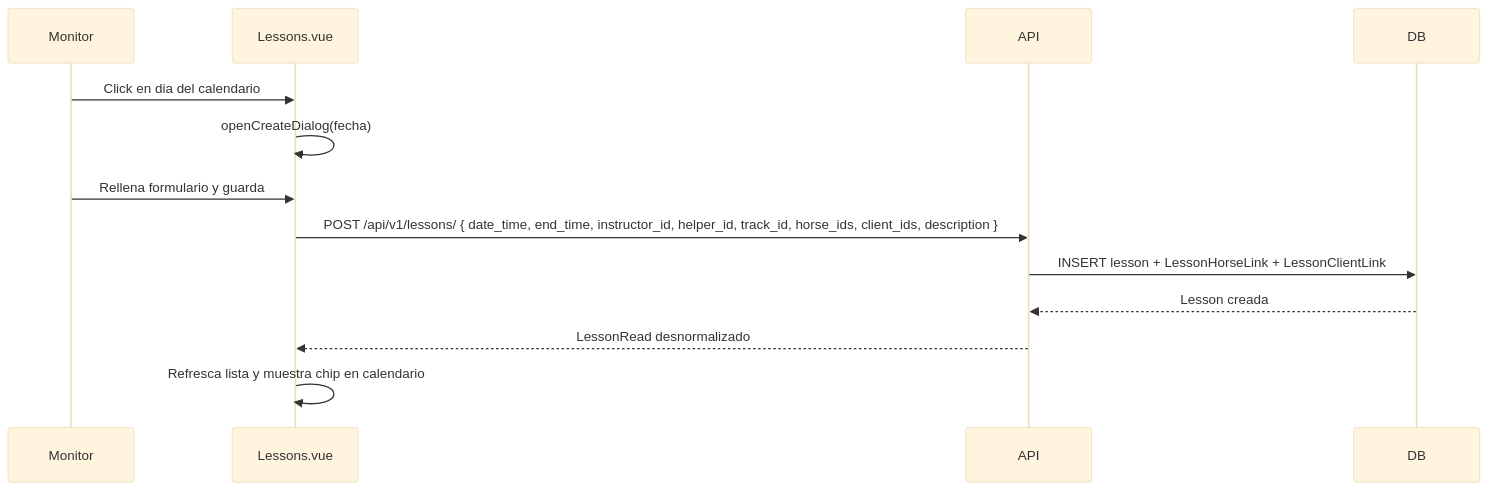
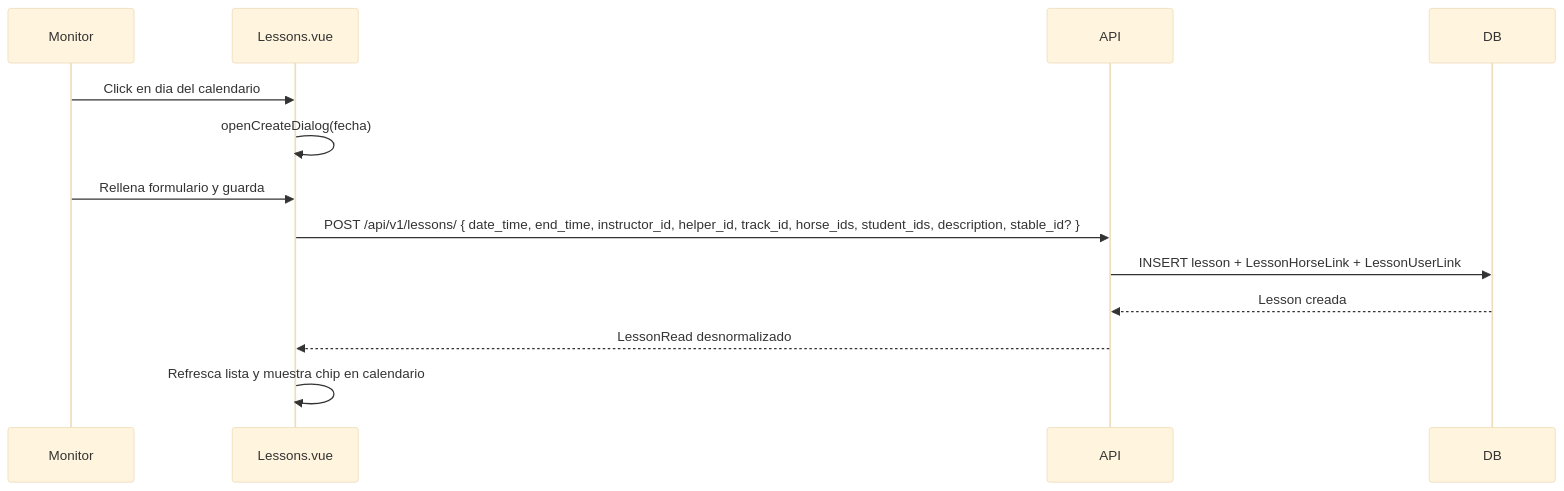
Before and after one commit to Adria82/hipica-backend: the diagram in docs/features/lessons-calendario.md, drawn with Mermaid (base theme). The commit also changed other lines of this file and 2 other files, not shown here.

````diff
--- a/docs/features/lessons-calendario.md
+++ b/docs/features/lessons-calendario.md
@@ -88,16 +105,16 @@
 ```mermaid
 sequenceDiagram
     participant Monitor
     participant Lessons.vue
     participant API
     participant DB
 
     Monitor->>Lessons.vue: Click en dia del calendario
     Lessons.vue->>Lessons.vue: openCreateDialog(fecha)
     Monitor->>Lessons.vue: Rellena formulario y guarda
-    Lessons.vue->>API: POST /api/v1/lessons/ { date_time, end_time, instructor_id, helper_id, track_id, horse_ids, client_ids, description }
-    API->>DB: INSERT lesson + LessonHorseLink + LessonClientLink
+    Lessons.vue->>API: POST /api/v1/lessons/ { date_time, end_time, instructor_id, helper_id, track_id, horse_ids, student_ids, description, stable_id? }
+    API->>DB: INSERT lesson + LessonHorseLink + LessonUserLink
     DB-->>API: Lesson creada
     API-->>Lessons.vue: LessonRead desnormalizado
     Lessons.vue->>Lessons.vue: Refresca lista y muestra chip en calendario
 ```
````
